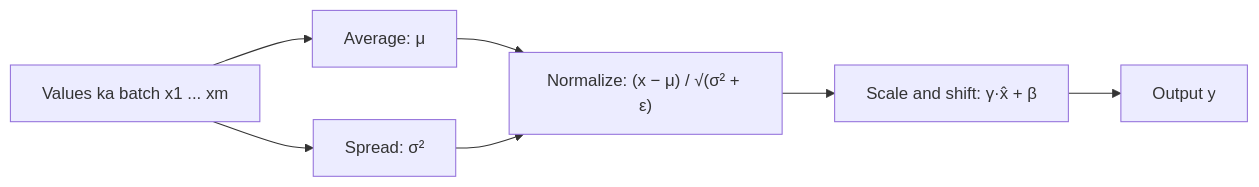
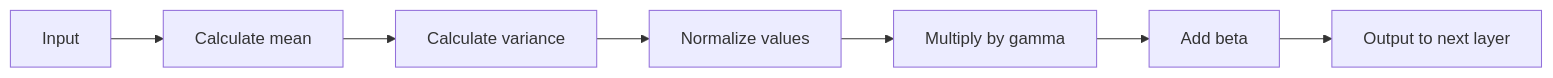
Before and after one commit to TrendySloth1001/sem-seven-notes: the fifth of 7 diagrams in content/deep-learning/notes/regularization.hi.mdx, drawn with Mermaid. The commit also changed other lines of this file and 254 other files, not shown here.

Commit message:
Rewrite the backpropagation, gradient descent, regularization and autoencoder notes and their 29 answers from the teachers' class files. They use 185 teacher figures with class-notes citations only, and correct the AdaGrad, RMSProp, Nesterov and batch-norm numbers on the slides.

````diff
--- a/content/deep-learning/notes/regularization.hi.mdx
+++ b/content/deep-learning/notes/regularization.hi.mdx
@@ -410,10 +681,10 @@
 ```mermaid
-%% caption: Batch normalization ek mini-batch ke liye ek unit ki values ke saath kya karta hai, step by step.
+%% caption: Teacher ki sheet se complete batch normalization flow. Gamma aur beta seekhe jaate hain, to layer phir bhi best scale aur shift chun sakti hai.
 flowchart LR
-  A["Values ka batch x1 ... xm"] --> B["Average: μ"]
-  A --> C["Spread: σ²"]
-  B --> D["Normalize: (x − μ) / √(σ² + ε)"]
-  C --> D
-  D --> E["Scale and shift: γ·x̂ + β"]
-  E --> F["Output y"]
+  A["Input"] --> B["Calculate mean"]
+  B --> C["Calculate variance"]
+  C --> D["Normalize values"]
+  D --> E["Multiply by gamma"]
+  E --> F["Add beta"]
+  F --> G["Output to next layer"]
 ```
````
